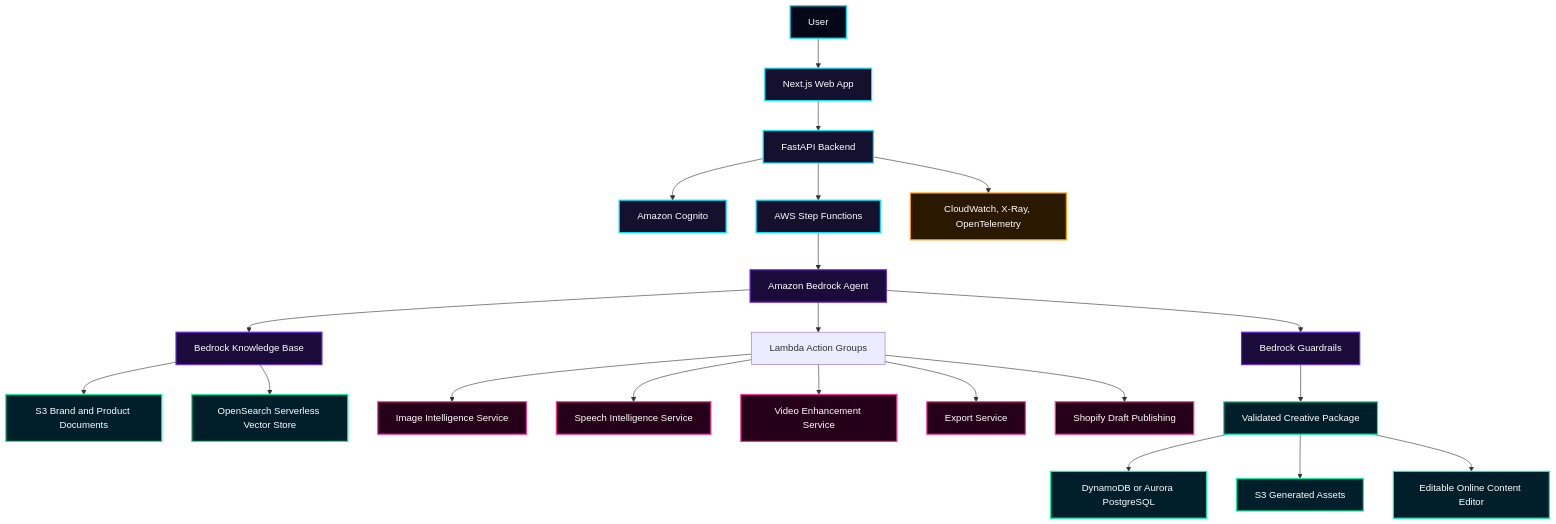
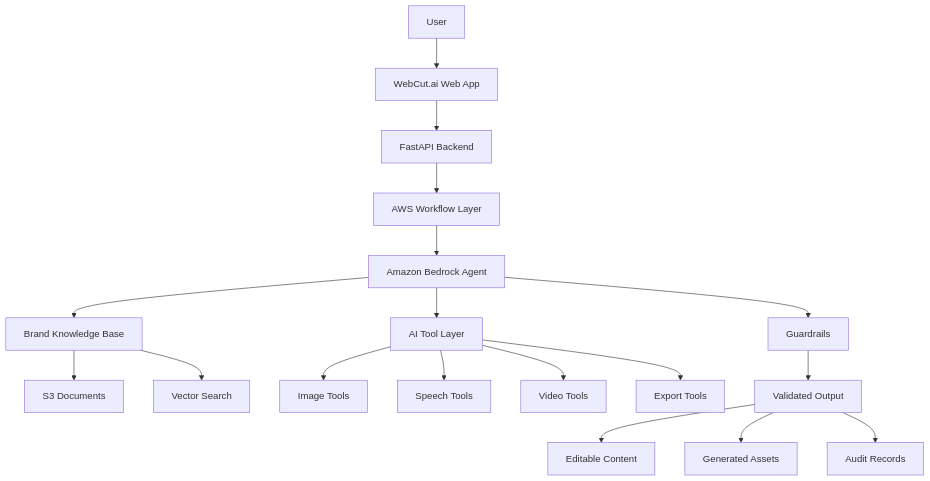
Before and after one commit to SwapnilMundhekar/WebCut.ai-CreativeOps-Agent-Platform: the first of 8 diagrams in README.md, drawn with Mermaid. The commit also changed other lines of this file, not shown here.

First line of the commit message:
Revise README for clarity and content updates

````diff
--- a/README.md
+++ b/README.md
@@ -83,43 +99,25 @@
 ```mermaid
-flowchart TB
-    USER[User] --> WEB[Next.js Web App]
-    WEB --> API[FastAPI Backend]
+flowchart TD
+    A[User] --> B[WebCut.ai Web App]
+    B --> C[FastAPI Backend]
+    C --> D[AWS Workflow Layer]
+    D --> E[Amazon Bedrock Agent]
 
-    API --> AUTH[Amazon Cognito]
-    API --> WORKFLOW[AWS Step Functions]
-    WORKFLOW --> AGENT[Amazon Bedrock Agent]
+    E --> F[Brand Knowledge Base]
+    E --> G[AI Tool Layer]
+    E --> H[Guardrails]
 
-    AGENT --> KB[Bedrock Knowledge Base]
-    KB --> S3DOCS[S3 Brand and Product Documents]
-    KB --> VECTOR[OpenSearch Serverless Vector Store]
+    F --> I[S3 Documents]
+    F --> J[Vector Search]
 
-    AGENT --> TOOLS[Lambda Action Groups]
-    TOOLS --> IMAGE[Image Intelligence Service]
-    TOOLS --> SPEECH[Speech Intelligence Service]
-    TOOLS --> VIDEO[Video Enhancement Service]
-    TOOLS --> EXPORT[Export Service]
-    TOOLS --> SHOPIFY[Shopify Draft Publishing]
+    G --> K[Image Tools]
+    G --> L[Speech Tools]
+    G --> M[Video Tools]
+    G --> N[Export Tools]
 
-    AGENT --> GUARD[Bedrock Guardrails]
-    GUARD --> OUTPUT[Validated Creative Package]
+    H --> O[Validated Output]
 
-    OUTPUT --> DB[DynamoDB or Aurora PostgreSQL]
-    OUTPUT --> ASSETS[S3 Generated Assets]
-    OUTPUT --> EDITOR[Editable Online Content Editor]
-
-    API --> OBS[CloudWatch, X-Ray, OpenTelemetry]
-
-    classDef user fill:#060716,stroke:#00E5FF,color:#FFFFFF,stroke-width:2px;
-    classDef app fill:#15102E,stroke:#00E5FF,color:#FFFFFF,stroke-width:2px;
-    classDef ai fill:#1B0B3A,stroke:#6D28D9,color:#FFFFFF,stroke-width:2px;
-    classDef media fill:#260018,stroke:#FF2D95,color:#FFFFFF,stroke-width:2px;
-    classDef data fill:#001F2A,stroke:#00F5A0,color:#FFFFFF,stroke-width:2px;
-    classDef ops fill:#2A1800,stroke:#FF9900,color:#FFFFFF,stroke-width:2px;
-
-    class USER user;
-    class WEB,API,AUTH,WORKFLOW app;
-    class AGENT,KB,GUARD ai;
-    class IMAGE,SPEECH,VIDEO,EXPORT,SHOPIFY media;
-    class S3DOCS,VECTOR,DB,ASSETS,OUTPUT,EDITOR data;
-    class OBS ops;
+    O --> P[Editable Content]
+    O --> Q[Generated Assets]
+    O --> R[Audit Records]
 ```
````
